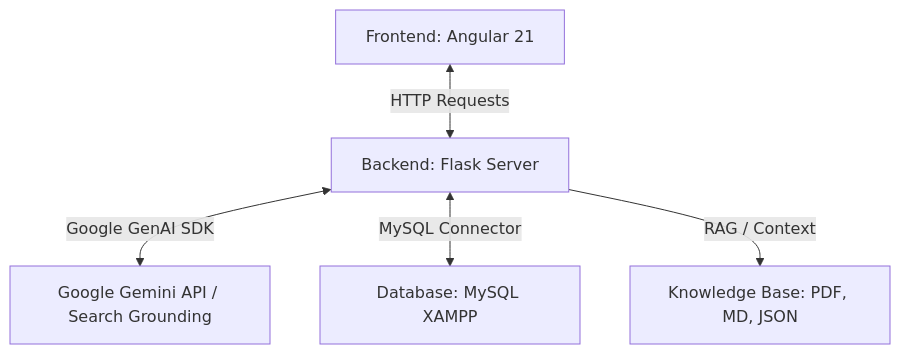
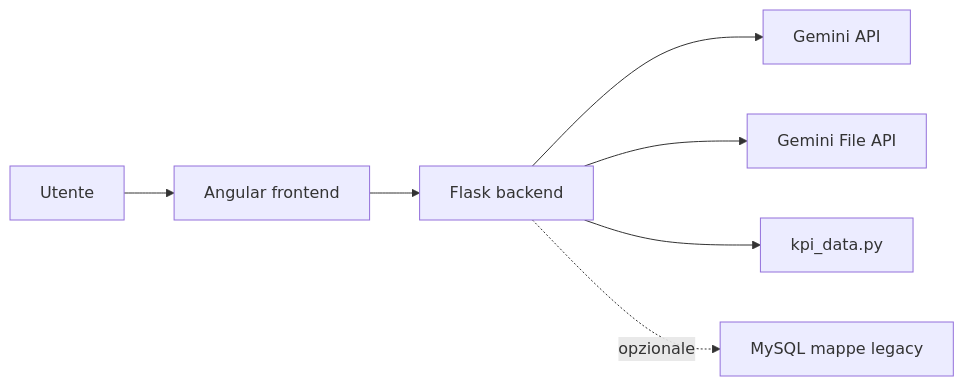
Before and after one commit to 13Lanzo/PolibAI_Orientamento: the diagram in README.md, drawn with Mermaid. The commit also changed other lines of this file and 1763 other files, not shown here.

````diff
--- a/README.md
+++ b/README.md
@@ -13,7 +7,9 @@
 ```mermaid
-graph TD
-    A[Frontend: Angular 21] <-->|HTTP Requests| B[Backend: Flask Server]
-    B <-->|Google GenAI SDK| C[Google Gemini API / Search Grounding]
-    B <-->|MySQL Connector| D[Database: MySQL XAMPP]
-    B -->|RAG / Context| E[Knowledge Base: PDF, MD, JSON]
+flowchart LR
+    U[Utente] --> A[Angular frontend]
+    A --> B[Flask backend]
+    B --> C[Gemini API]
+    B --> D[Gemini File API]
+    B --> E[kpi_data.py]
+    B -. opzionale .-> F[MySQL mappe legacy]
 ```
````
